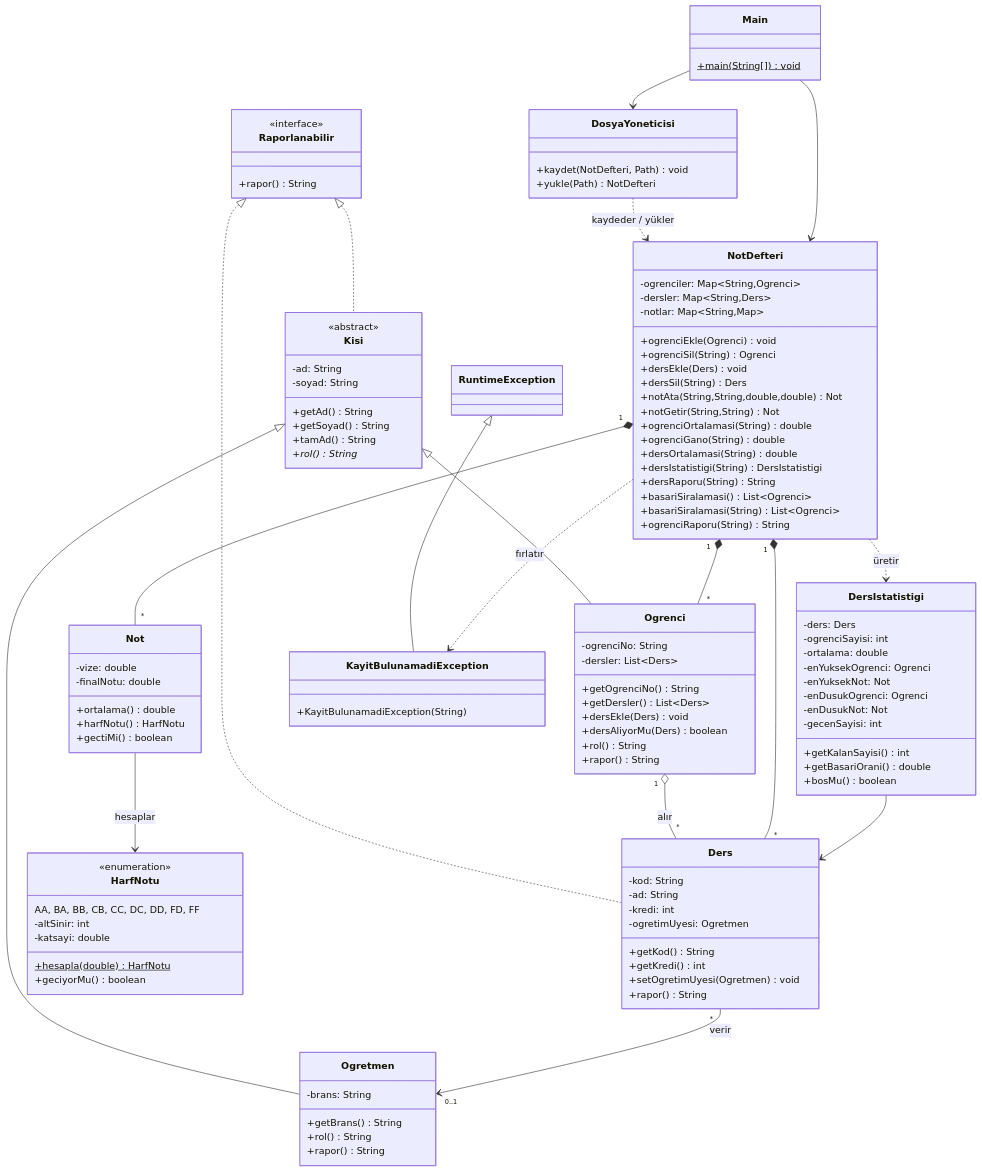
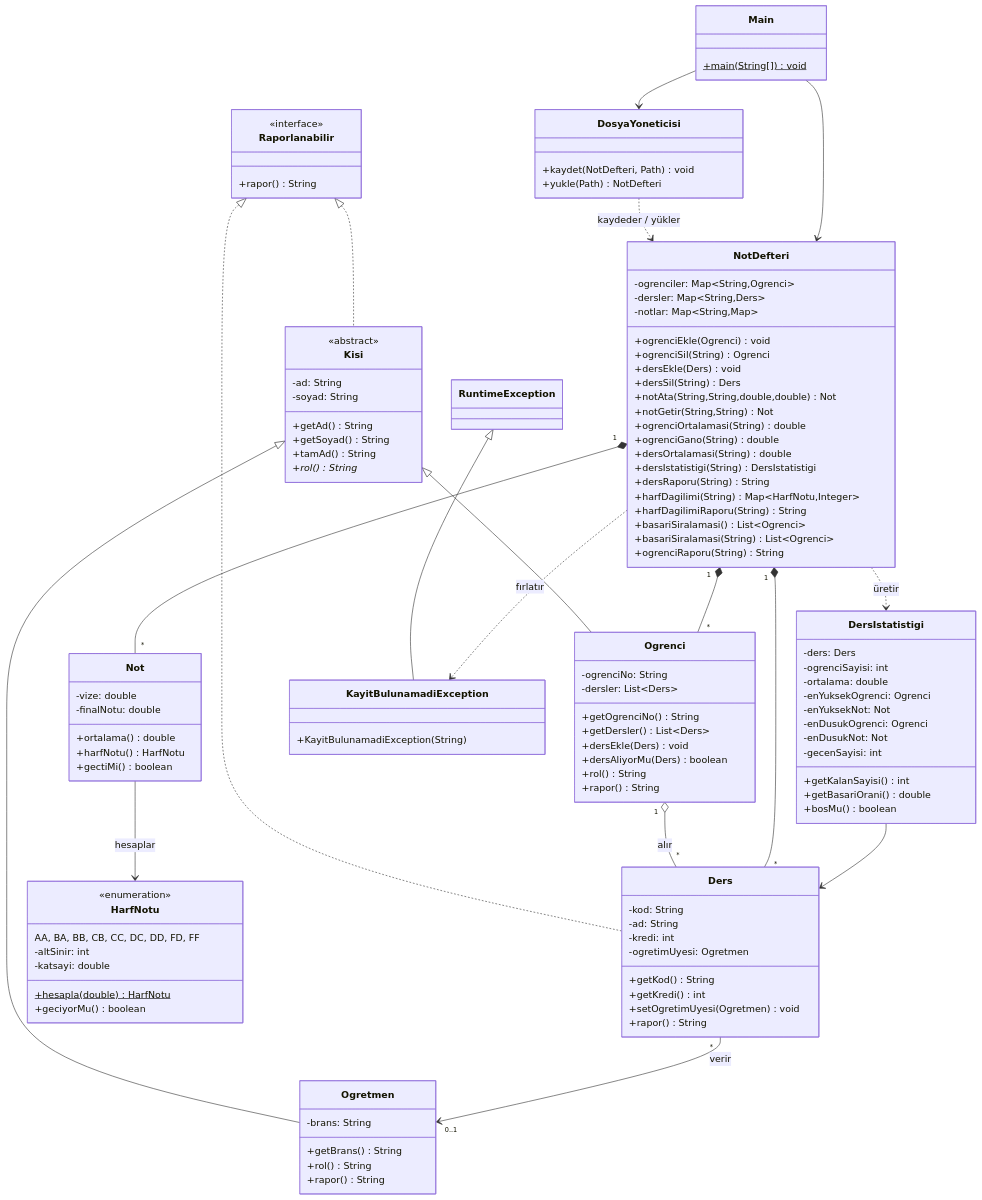
One commit to SKXAN/kyz205-proje-grup-4 changed the diagram in README.md. Above: the diagram before and after it, drawn with Mermaid. The commit also changed other lines of this file and 4 other files, not shown here.

Commit message:
Harf notu dağılımı raporu eklendi: ders bazlı ve genel çubuk grafik

```diff
--- a/README.md
+++ b/README.md
@@ -135,6 +136,8 @@
         +dersOrtalamasi(String) double
         +dersIstatistigi(String) DersIstatistigi
         +dersRaporu(String) String
+        +harfDagilimi(String) Map~HarfNotu,Integer~
+        +harfDagilimiRaporu(String) String
         +basariSiralamasi() List~Ogrenci~
         +basariSiralamasi(String) List~Ogrenci~
         +ogrenciRaporu(String) String
```
